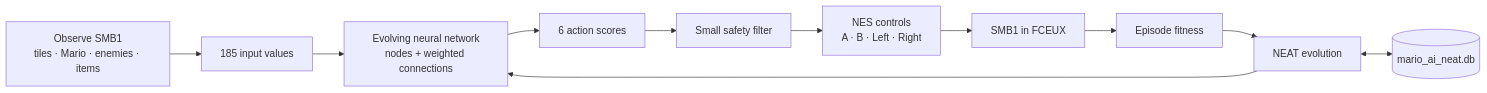
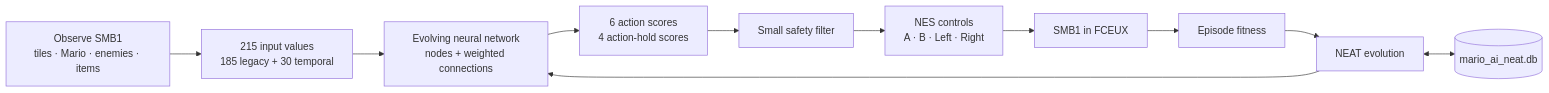
Before and after one commit to heaven-hm/mario-ai-neat: the second of 5 diagrams in README.md, drawn with Mermaid. The commit also changed other lines of this file and 3 other files, not shown here.

````diff
--- a/README.md
+++ b/README.md
@@ -90,13 +117,13 @@
 ```mermaid
 flowchart LR
-    Observe["Observe SMB1<br/>tiles · Mario · enemies · items"] --> Inputs["185 input values"]
+    Observe["Observe SMB1<br/>tiles · Mario · enemies · items"] --> Inputs["215 input values<br/>185 legacy + 30 temporal"]
     Inputs --> Policy["Evolving neural network<br/>nodes + weighted connections"]
-    Policy --> Scores["6 action scores"]
+    Policy --> Scores["6 action scores<br/>4 action-hold scores"]
     Scores --> Safety["Small safety filter"]
     Safety --> Controls["NES controls<br/>A · B · Left · Right"]
     Controls --> Game["SMB1 in FCEUX"]
     Game --> Fitness["Episode fitness"]
     Fitness --> Evolution["NEAT evolution"]
     Evolution --> Policy
     Evolution <--> Database[("mario_ai_neat.db")]
 ```
````
